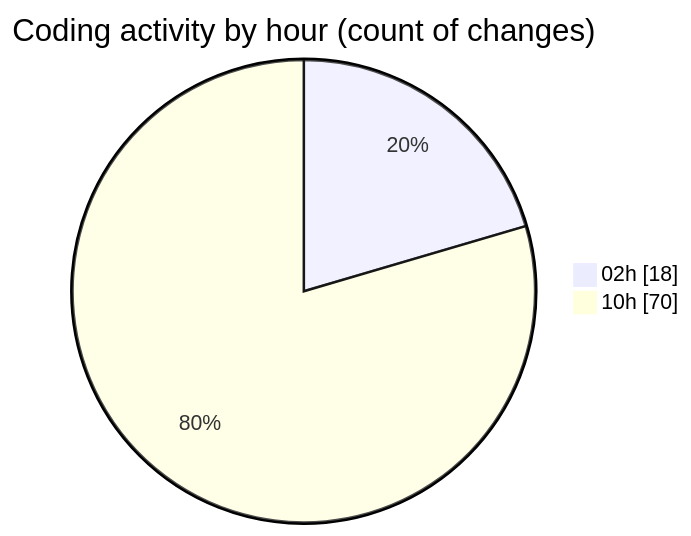
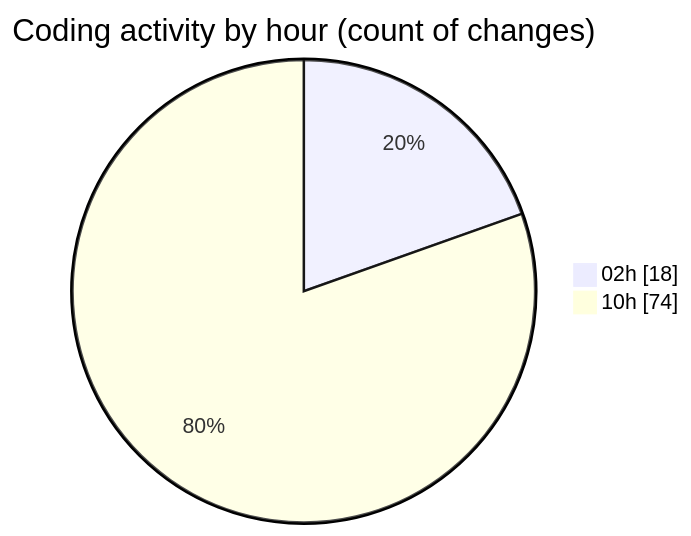
One commit to shibass792/code-tracking changed the second of 2 diagrams in 2026-07-08/twenty_versions_aminor/README.md. Above: the diagram before and after it, drawn with Mermaid. The commit also changed other lines of this file and 1 other file, not shown here.

````diff
--- a/2026-07-08/twenty_versions_aminor/README.md
+++ b/2026-07-08/twenty_versions_aminor/README.md
@@ -30,6 +32,6 @@
 ```mermaid
 pie showData
 title Coding activity by hour (count of changes)
 "02h" : 18
-"10h" : 70
+"10h" : 74
 ```
````
